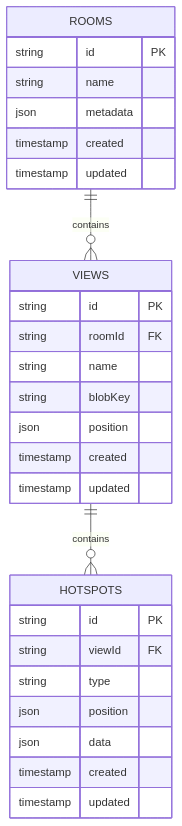
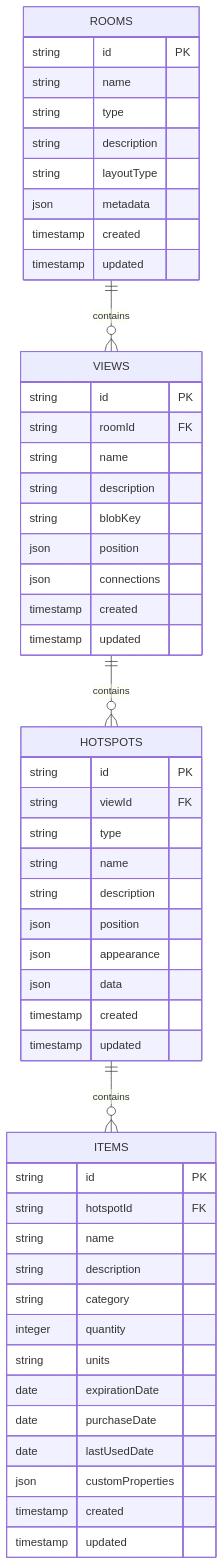
One commit to straiforos/kitchen-360 changed the seventh of 14 diagrams in docs/phases/PHASE_1_LOCAL_STORAGE.md. Above: the diagram before and after it, drawn with Mermaid. The commit also changed other lines of this file and 2 other files, not shown here.

First line of the commit message:
Add room creation flow and enhance data structure

````diff
--- a/docs/phases/PHASE_1_LOCAL_STORAGE.md
+++ b/docs/phases/PHASE_1_LOCAL_STORAGE.md
@@ -150,33 +150,58 @@
 ```mermaid
 erDiagram
     ROOMS ||--o{ VIEWS : contains
     VIEWS ||--o{ HOTSPOTS : contains
+    HOTSPOTS ||--o{ ITEMS : contains
     
     ROOMS {
         string id PK
         string name
+        string type
+        string description
+        string layoutType
         json metadata
         timestamp created
         timestamp updated
     }
     
     VIEWS {
         string id PK
         string roomId FK
         string name
+        string description
         string blobKey
         json position
+        json connections
         timestamp created
         timestamp updated
     }
     
     HOTSPOTS {
         string id PK
         string viewId FK
         string type
+        string name
+        string description
         json position
+        json appearance
         json data
         timestamp created
         timestamp updated
     }
+
+    ITEMS {
+        string id PK
+        string hotspotId FK
+        string name
+        string description
+        string category
+        integer quantity
+        string units
+        date expirationDate
+        date purchaseDate
+        date lastUsedDate
+        json customProperties
+        timestamp created
+        timestamp updated
+    }
 ```
````
